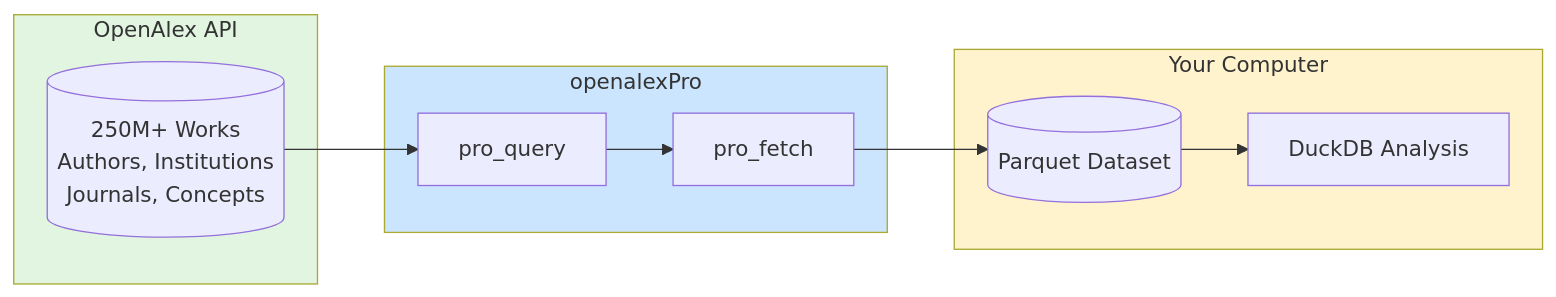
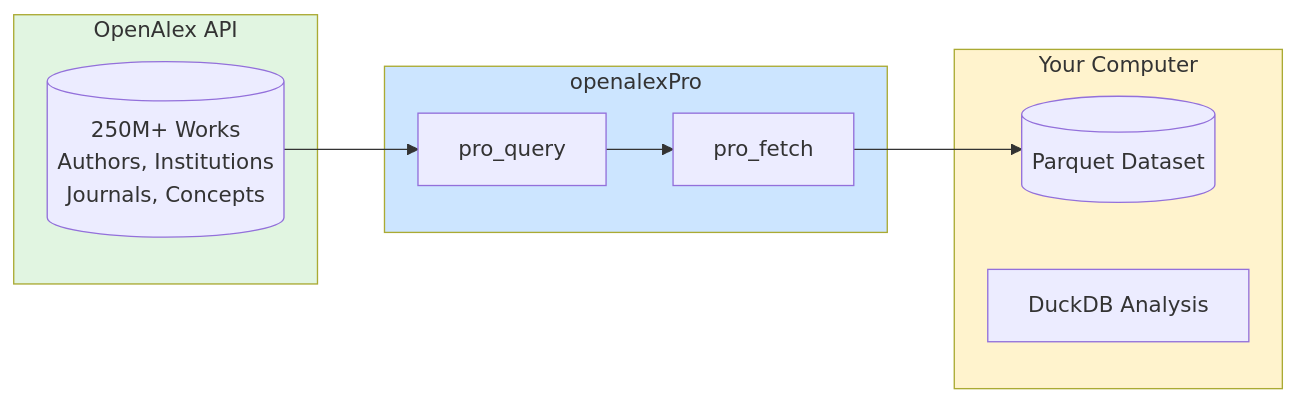
The first of 2 diagrams in vignettes/Quick_Start.qmd (rkrug/openalexPro), drawn with Mermaid before and after one commit. The commit also changed other lines of this file and 2 other files, not shown here.

Commit message:
v 0.4.2 Update Vignettes

````diff
--- a/vignettes/Quick_Start.qmd
+++ b/vignettes/Quick_Start.qmd
@@ -30,25 +30,25 @@
 ```{mermaid}
 flowchart LR
     subgraph OpenAlex[OpenAlex API]
         API[(250M+ Works<br/>Authors, Institutions<br/>Journals, Concepts)]
     end
 
     subgraph openalexPro[openalexPro]
         Query[pro_query]
         Fetch[pro_fetch]
     end
 
     subgraph Local[Your Computer]
         Parquet[(Parquet Dataset)]
         DuckDB[DuckDB Analysis]
     end
 
     API --> Query
     Query --> Fetch
     Fetch --> Parquet
-    Parquet --> DuckDB
+    %% Parquet --> DuckDB
 
     style OpenAlex fill:#e1f5e1
     style openalexPro fill:#cce5ff
     style Local fill:#fff3cd
 ```
````
